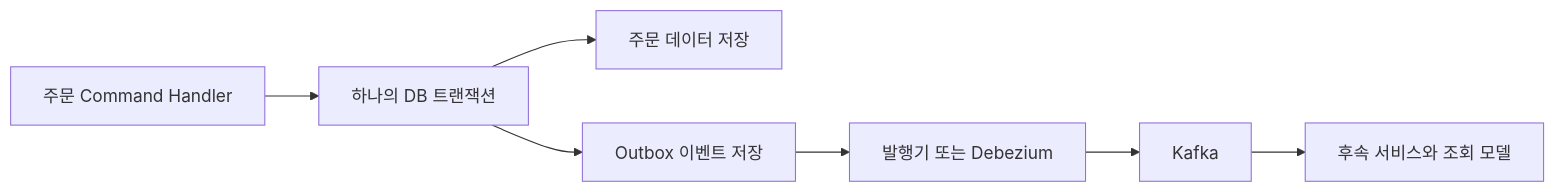
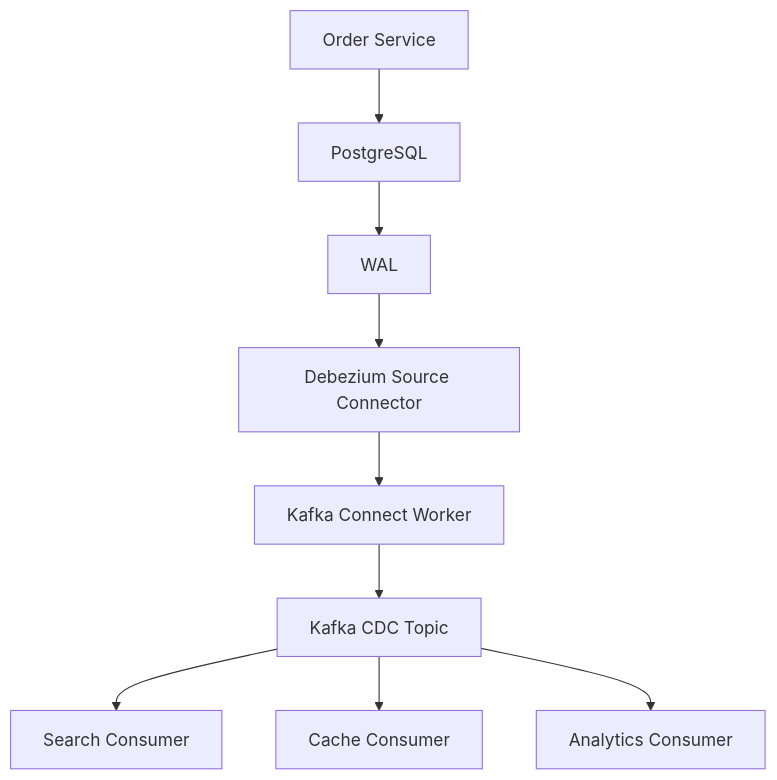
Diagram 12 of 16 in _posts/study/smart-learning-ent/kafka-development-strategy-for-beginners/2026-11-02-learn-about-practical-use-cases-for-microservices.md (ysiksik/ysiksik.github.io), drawn with Mermaid before and after one commit. The commit also changed other lines of this file and 7 other files, not shown here.

````diff
--- a/_posts/study/smart-learning-ent/kafka-development-strategy-for-beginners/2026-11-02-learn-about-practical-use-cases-for-microservices.md
+++ b/_posts/study/smart-learning-ent/kafka-development-strategy-for-beginners/2026-11-02-learn-about-practical-use-cases-for-microservices.md
@@ -415,9 +1791,29 @@
 ```mermaid
-flowchart LR
-    A["주문 Command Handler"] --> B["하나의 DB 트랜잭션"]
-    B --> C["주문 데이터 저장"]
-    B --> D["Outbox 이벤트 저장"]
-    D --> E["발행기 또는 Debezium"]
-    E --> F["Kafka"]
-    F --> G["후속 서비스와 조회 모델"]
+flowchart TD
+    A["Order Service"]
+
+    B["PostgreSQL"]
+
+    C["WAL"]
+
+    D["Debezium Source Connector"]
+
+    E["Kafka Connect Worker"]
+
+    F["Kafka CDC Topic"]
+
+    G["Search Consumer"]
+    H["Cache Consumer"]
+    I["Analytics Consumer"]
+
+    A --> B
+    B --> C
+
+    C --> D
+    D --> E
+    E --> F
+
+    F --> G
+    F --> H
+    F --> I
 ```
````
